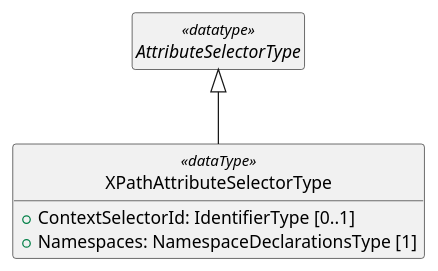
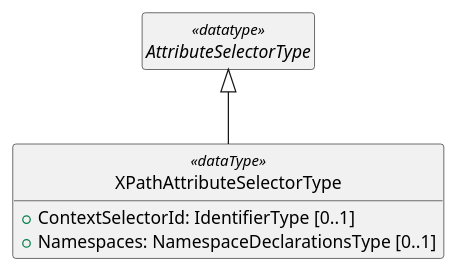
The fourth of 6 diagrams in acal-xpath-v1.0.md (oasis-tcs/xacml-spec), drawn with PlantUML before and after one commit. The commit also changed other lines of this file and 5 other files, not shown here.

````diff
--- a/acal-xpath-v1.0.md
+++ b/acal-xpath-v1.0.md
@@ -521,11 +518,11 @@
 ```plantuml
 @startuml
 hide empty members 
 hide circle
 abstract class AttributeSelectorType <<datatype>>
 class XPathAttributeSelectorType <<dataType>> extends AttributeSelectorType {
   + ContextSelectorId: IdentifierType [0..1]
-  + Namespaces: NamespaceDeclarationsType [1]
+  + Namespaces: NamespaceDeclarationsType [0..1]
 }
 @enduml
 ```
````
